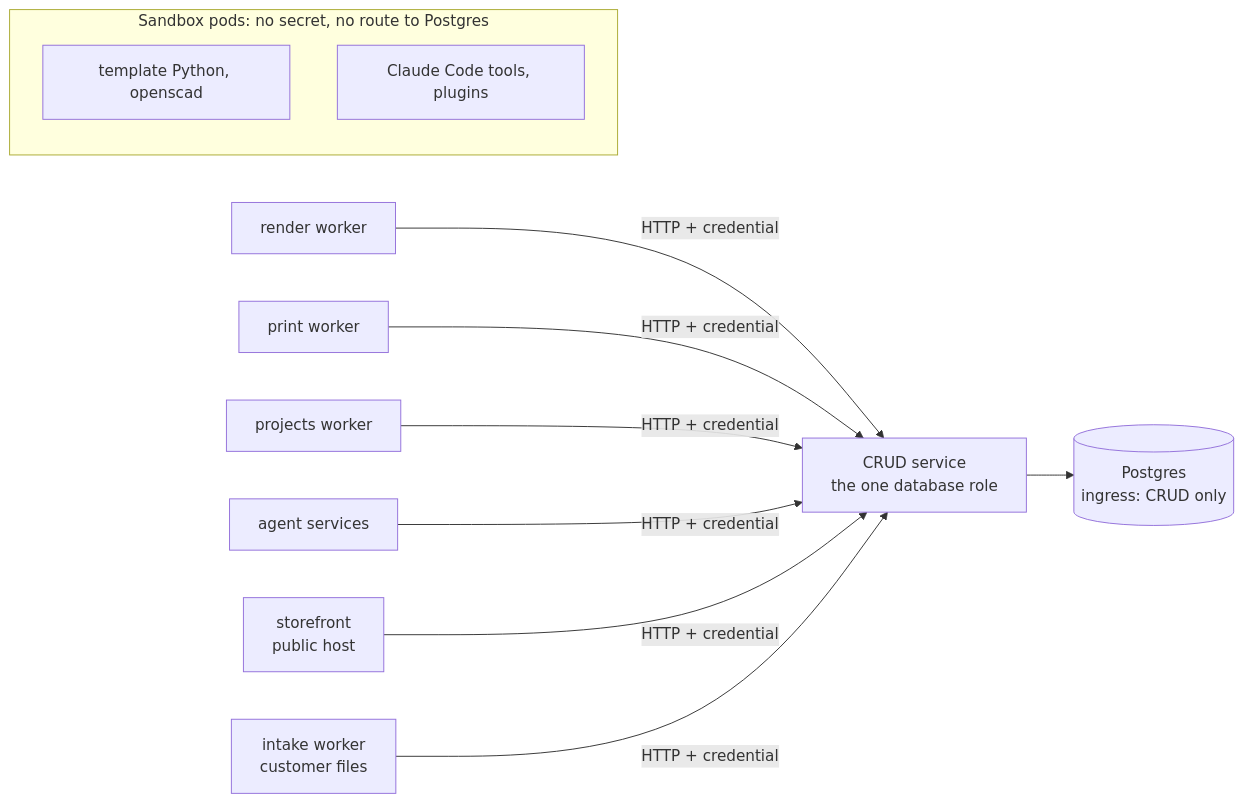
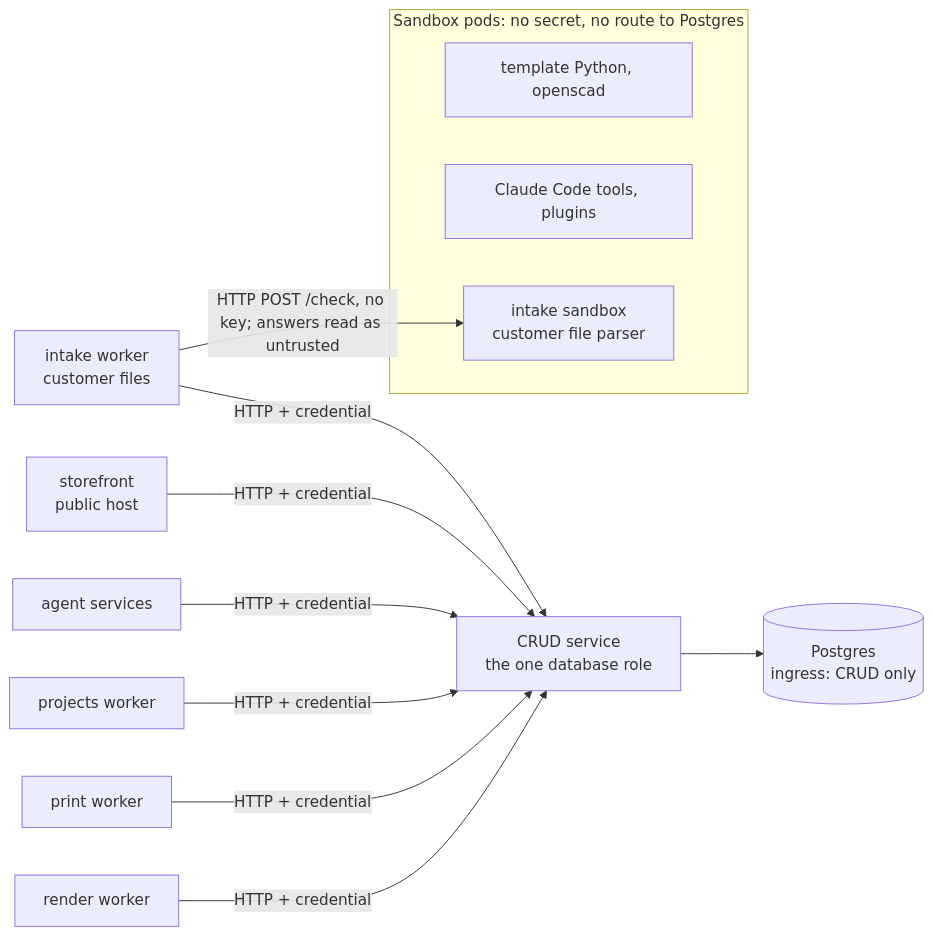
One commit to eh-homelab/ScadBuddy changed the second of 2 diagrams in docs/security/trust-boundaries.md. Above: the diagram before and after it, drawn with Mermaid. The commit also changed other lines of this file and 3 other files, not shown here.

First line of the commit message:
docs(intake): the sandbox's own Deployment, its RPC and the residual risks

````diff
--- a/docs/security/trust-boundaries.md
+++ b/docs/security/trust-boundaries.md
@@ -154,14 +154,16 @@
 ```mermaid
 flowchart LR
   subgraph untrusted[Sandbox pods: no secret, no route to Postgres]
     T[template Python, openscad]
     C[Claude Code tools, plugins]
+    X[intake sandbox<br/>customer file parser]
   end
+  I -- HTTP POST /check, no key; answers read as untrusted --> X
   R[render worker] -- HTTP + credential --> CRUD
   P[print worker] -- HTTP + credential --> CRUD
   J[projects worker] -- HTTP + credential --> CRUD
   A[agent services] -- HTTP + credential --> CRUD
   S[storefront<br/>public host] -- HTTP + credential --> CRUD
   I[intake worker<br/>customer files] -- HTTP + credential --> CRUD
   CRUD[CRUD service<br/>the one database role] --> DB[(Postgres<br/>ingress: CRUD only)]
 ```
````
